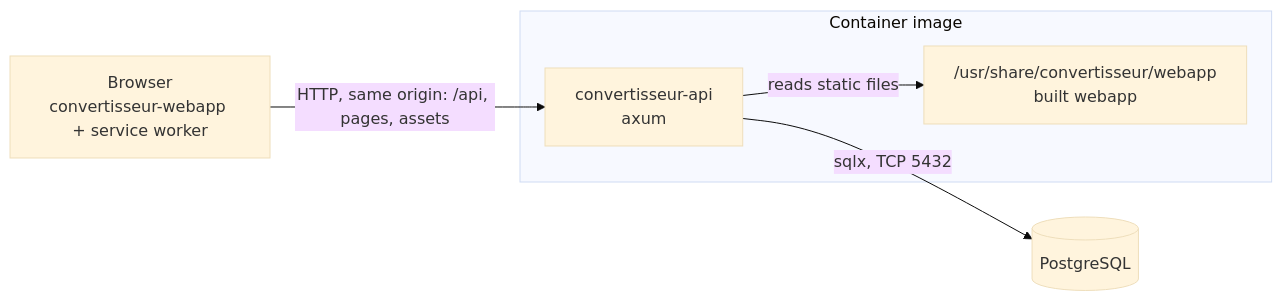
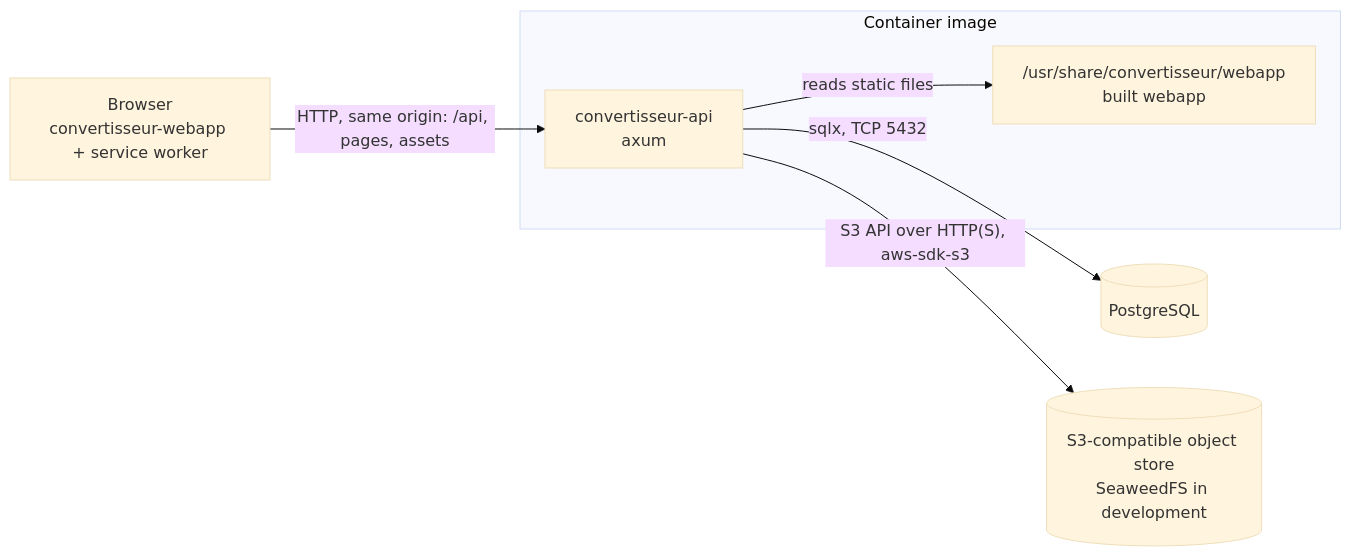
One commit to therealm-tech/convertisseur changed the first of 4 diagrams in ARCHITECTURE.md. Above: the diagram before and after it, drawn with Mermaid (base theme). The commit also changed other lines of this file and 20 other files, not shown here.

First line of the commit message:
api: store media in an S3-compatible object store (#6)

````diff
--- a/ARCHITECTURE.md
+++ b/ARCHITECTURE.md
@@ -11,12 +11,14 @@
 ```mermaid
 flowchart LR
     browser["Browser<br/>convertisseur-webapp + service worker"]
     subgraph image["Container image"]
         api["convertisseur-api<br/>axum"]
         dist["/usr/share/convertisseur/webapp<br/>built webapp"]
     end
     pg[("PostgreSQL")]
+    s3[("S3-compatible object store<br/>SeaweedFS in development")]
     browser -->|"HTTP, same origin: /api, pages, assets"| api
     api -->|"reads static files"| dist
     api -->|"sqlx, TCP 5432"| pg
+    api -->|"S3 API over HTTP(S), aws-sdk-s3"| s3
 ```
````
